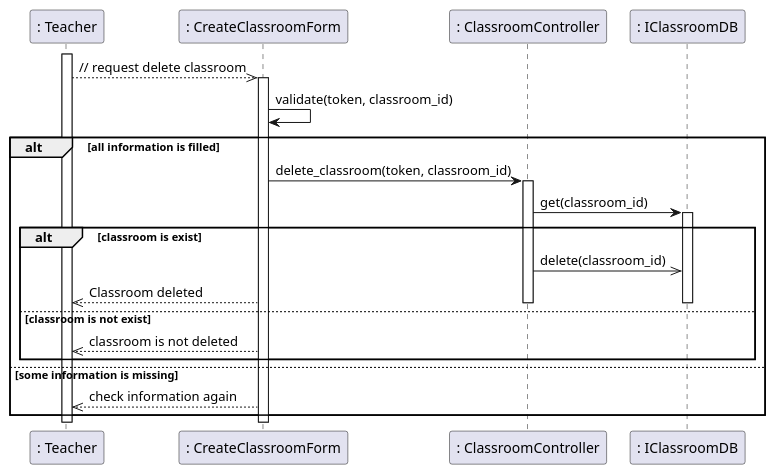
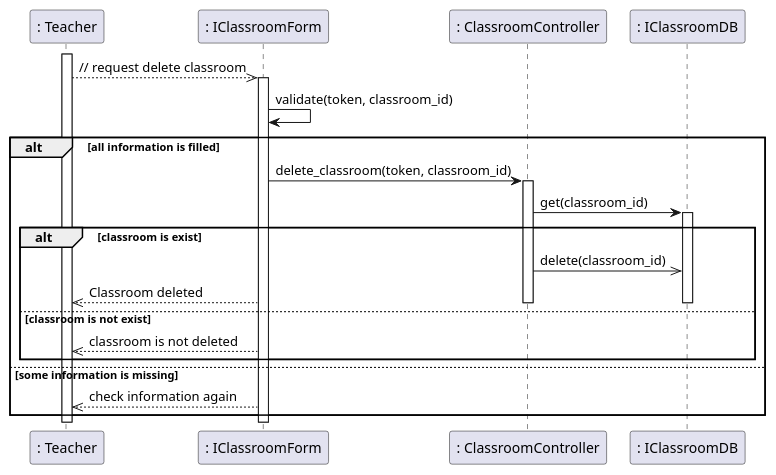
One commit to anonyhostvn/OOAD-Diagram changed the diagram in sequence - design/classroom/deleteClass.plantuml. Above: the diagram before and after it, drawn with PlantUML. The commit also changed 13 other files, not shown here.

```diff
--- a/sequence - design/classroom/deleteClass.plantuml
+++ b/sequence - design/classroom/deleteClass.plantuml
@@ -1,27 +1,27 @@
 @startuml deleteClass
 
 activate ": Teacher"
-": Teacher" -->> ": CreateClassroomForm": // request delete classroom
-activate ": CreateClassroomForm"
-": CreateClassroomForm" -> ": CreateClassroomForm": validate(token, classroom_id)
+": Teacher" -->> ": IClassroomForm": // request delete classroom
+activate ": IClassroomForm"
+": IClassroomForm" -> ": IClassroomForm": validate(token, classroom_id)
 alt all information is filled
-    ": CreateClassroomForm" -> ": ClassroomController": delete_classroom(token, classroom_id)
+    ": IClassroomForm" -> ": ClassroomController": delete_classroom(token, classroom_id)
     activate ": ClassroomController"
     ": ClassroomController" -> ": IClassroomDB": get(classroom_id)
     activate ": IClassroomDB"
     alt classroom is exist
         ": ClassroomController" ->> ": IClassroomDB": delete(classroom_id)
-        ": CreateClassroomForm" -->> ": Teacher": Classroom deleted
+        ": IClassroomForm" -->> ": Teacher": Classroom deleted
     else classroom is not exist
         deactivate ": IClassroomDB"
         deactivate ": ClassroomController"
-        ": CreateClassroomForm" -->> ": Teacher": classroom is not deleted
+        ": IClassroomForm" -->> ": Teacher": classroom is not deleted
     end
 else some information is missing
-    ": CreateClassroomForm" -->> ": Teacher": check information again
+    ": IClassroomForm" -->> ": Teacher": check information again
 end
 
-deactivate ": CreateClassroomForm"
+deactivate ": IClassroomForm"
 deactivate ": Teacher"
 
 @enduml
```
